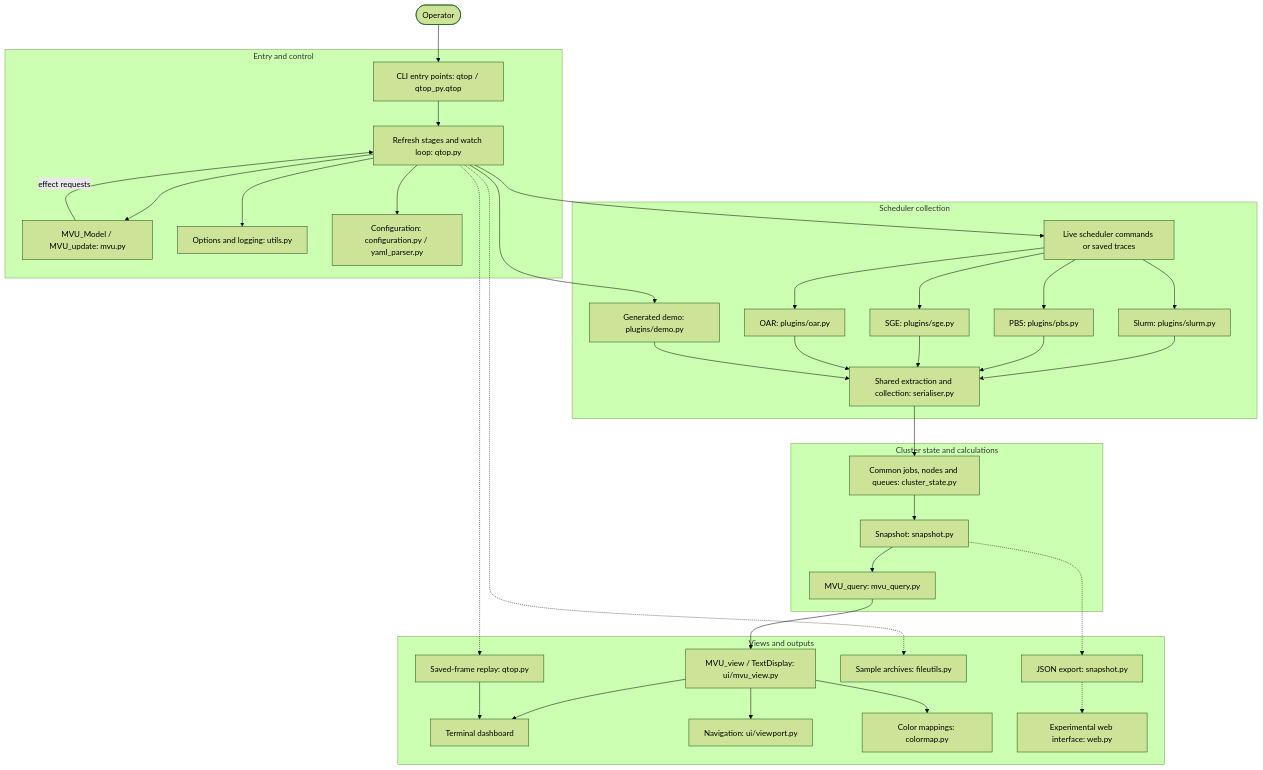
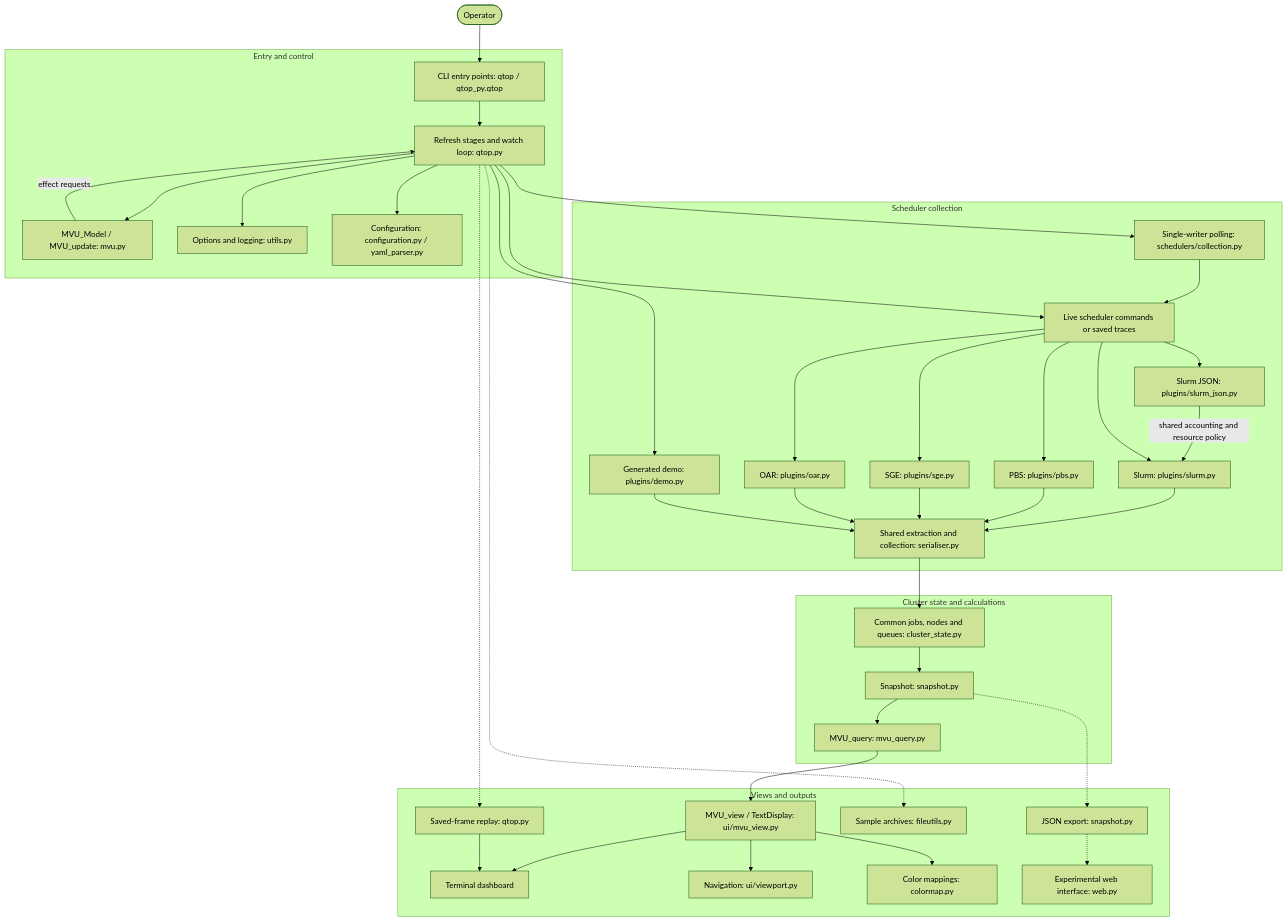
One commit to qtop/qtop changed the diagram in docs/architecture.md. Above: the diagram before and after it, drawn with Mermaid (forest theme). The commit also changed other lines of this file and 30 other files, not shown here.

Commit message:
Feature: add Slurm JSON collection with independent refresh and stale snapshots

````diff
--- a/docs/architecture.md
+++ b/docs/architecture.md
@@ -18,68 +18,74 @@
 ```mermaid
 flowchart TB
     operator([Operator])
 
     subgraph entry["Entry and control"]
         cli["CLI entry points: qtop / qtop_py.qtop"]
         runtime["Refresh stages and watch loop: qtop.py"]
         update["MVU_Model / MVU_update: mvu.py"]
         runtime --> update
         update -->|effect requests| runtime
         options["Options and logging: utils.py"]
         config["Configuration: configuration.py / yaml_parser.py"]
         cli --> runtime
         runtime --> options
         runtime --> config
     end
     operator --> cli
 
     subgraph collection["Scheduler collection"]
         files["Live scheduler commands or saved traces"]
         slurm["Slurm: plugins/slurm.py"]
+        slurmjson["Slurm JSON: plugins/slurm_json.py"]
+        poller["Single-writer polling: schedulers/collection.py"]
+        poller --> files
+        files --> slurmjson
+        slurmjson -->|shared accounting and resource policy| slurm
         pbs["PBS: plugins/pbs.py"]
         sge["SGE: plugins/sge.py"]
         oar["OAR: plugins/oar.py"]
         demo["Generated demo: plugins/demo.py"]
         shared["Shared extraction and collection: serialiser.py"]
         files --> slurm
         files --> pbs
         files --> sge
         files --> oar
         slurm --> shared
         pbs --> shared
         sge --> shared
         oar --> shared
         demo --> shared
     end
+    runtime --> poller
     runtime --> files
     runtime --> demo
 
     subgraph state["Cluster state and calculations"]
         model["Common jobs, nodes and queues: cluster_state.py"]
         snapshot["Snapshot: snapshot.py"]
         calculations["MVU_query: mvu_query.py"]
         model --> snapshot
         snapshot --> calculations
     end
     shared --> model
 
     subgraph outputs["Views and outputs"]
         render["MVU_view / TextDisplay: ui/mvu_view.py"]
         terminal["Terminal dashboard"]
         viewport["Navigation: ui/viewport.py"]
         colors["Color mappings: colormap.py"]
         json["JSON export: snapshot.py"]
         capture["Sample archives: fileutils.py"]
         replay["Saved-frame replay: qtop.py"]
         web["Experimental web interface: web.py"]
         render --> terminal
         render --> viewport
         render --> colors
         json -.-> web
         replay --> terminal
     end
     calculations --> render
     snapshot -.-> json
     runtime -.-> capture
     runtime -.-> replay
 ```
````
